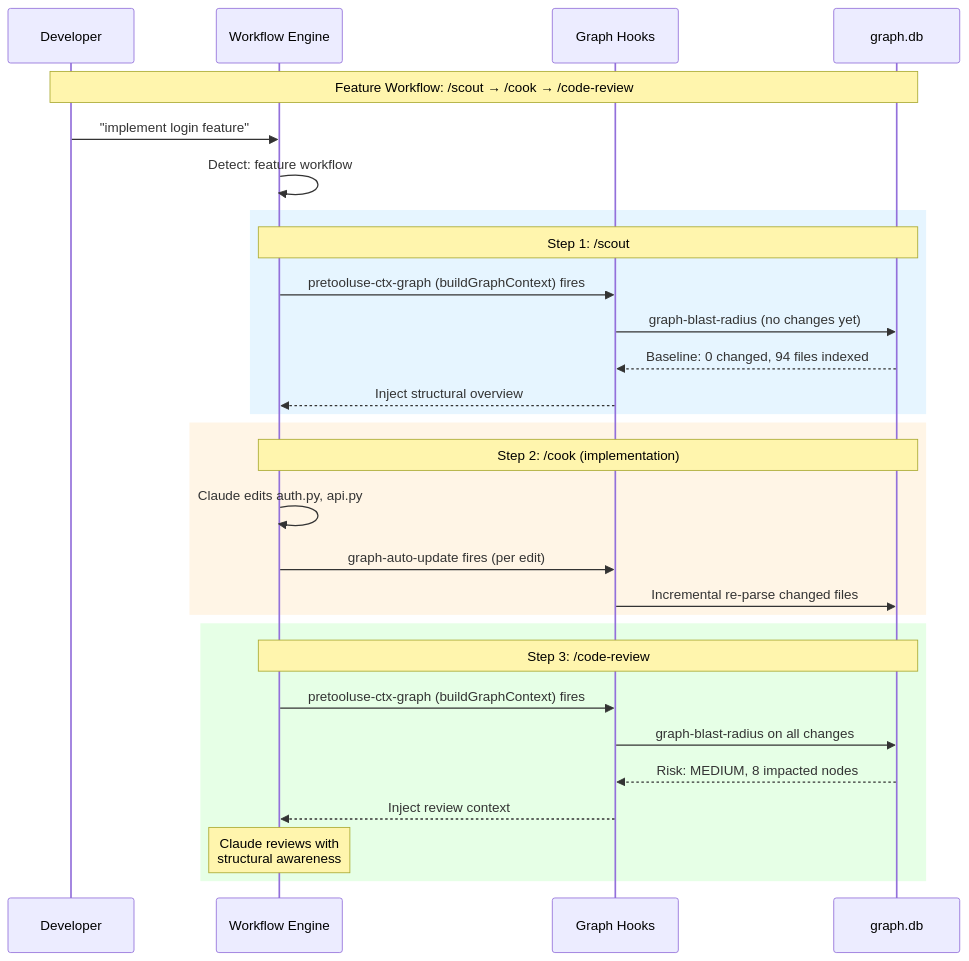
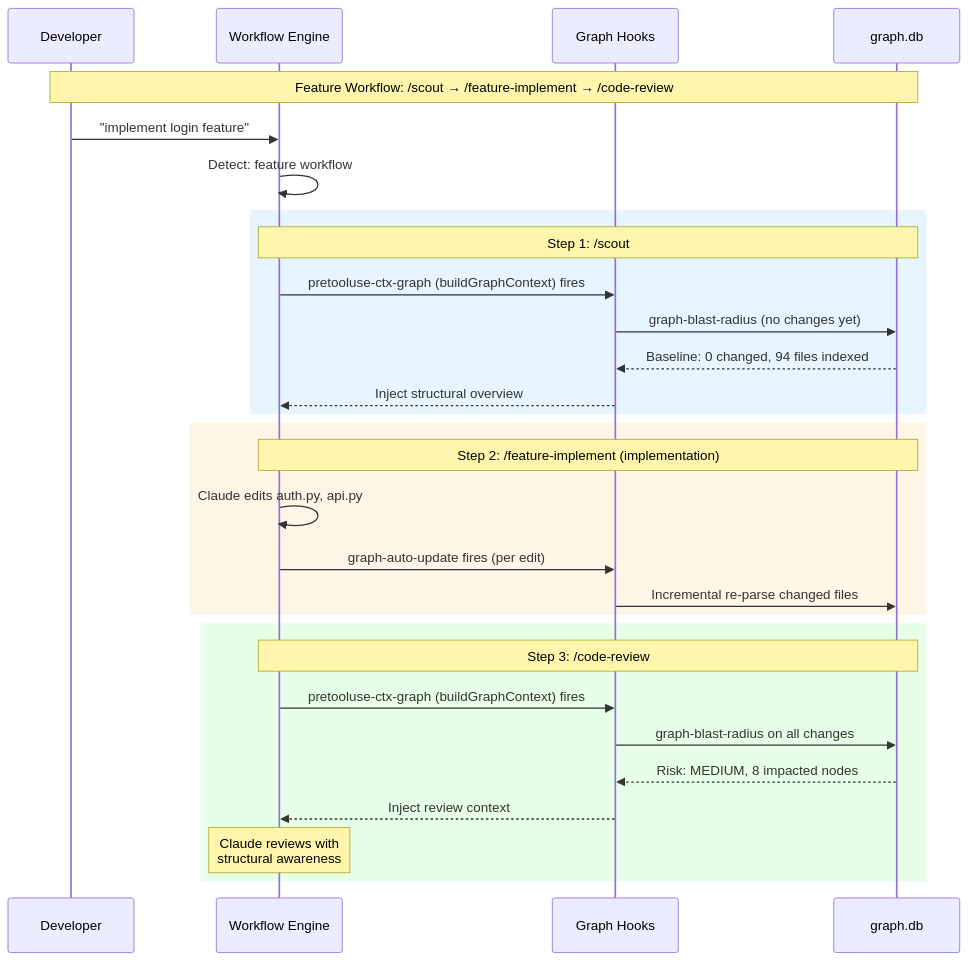
Before and after one commit to duc01226/easy-claude: the sixth of 8 diagrams in .claude/docs/code-graph-mechanism.md, drawn with Mermaid. The commit also changed other lines of this file and 212 other files, not shown here.

````diff
--- a/.claude/docs/code-graph-mechanism.md
+++ b/.claude/docs/code-graph-mechanism.md
@@ -542,36 +541,36 @@
 ```mermaid
 sequenceDiagram
     participant Dev as Developer
     participant WF as Workflow Engine
     participant Hook as Graph Hooks
     participant Graph as graph.db
 
-    Note over Dev,Graph: Feature Workflow: /scout → /cook → /code-review
+    Note over Dev,Graph: Feature Workflow: /scout → /feature-implement → /code-review
 
     Dev->>WF: "implement login feature"
     WF->>WF: Detect: feature workflow
 
     rect rgb(230, 245, 255)
         Note over WF,Graph: Step 1: /scout
         WF->>Hook: pretooluse-ctx-graph (buildGraphContext) fires
         Hook->>Graph: graph-blast-radius (no changes yet)
         Graph-->>Hook: Baseline: 0 changed, 94 files indexed
         Hook-->>WF: Inject structural overview
     end
 
     rect rgb(255, 245, 230)
-        Note over WF,Graph: Step 2: /cook (implementation)
+        Note over WF,Graph: Step 2: /feature-implement (implementation)
         WF->>WF: Claude edits auth.py, api.py
         WF->>Hook: graph-auto-update fires (per edit)
         Hook->>Graph: Incremental re-parse changed files
     end
 
     rect rgb(230, 255, 230)
         Note over WF,Graph: Step 3: /code-review
         WF->>Hook: pretooluse-ctx-graph (buildGraphContext) fires
         Hook->>Graph: graph-blast-radius on all changes
         Graph-->>Hook: Risk: MEDIUM, 8 impacted nodes
         Hook-->>WF: Inject review context
         Note over WF: Claude reviews with<br/>structural awareness
     end
 ```
````
